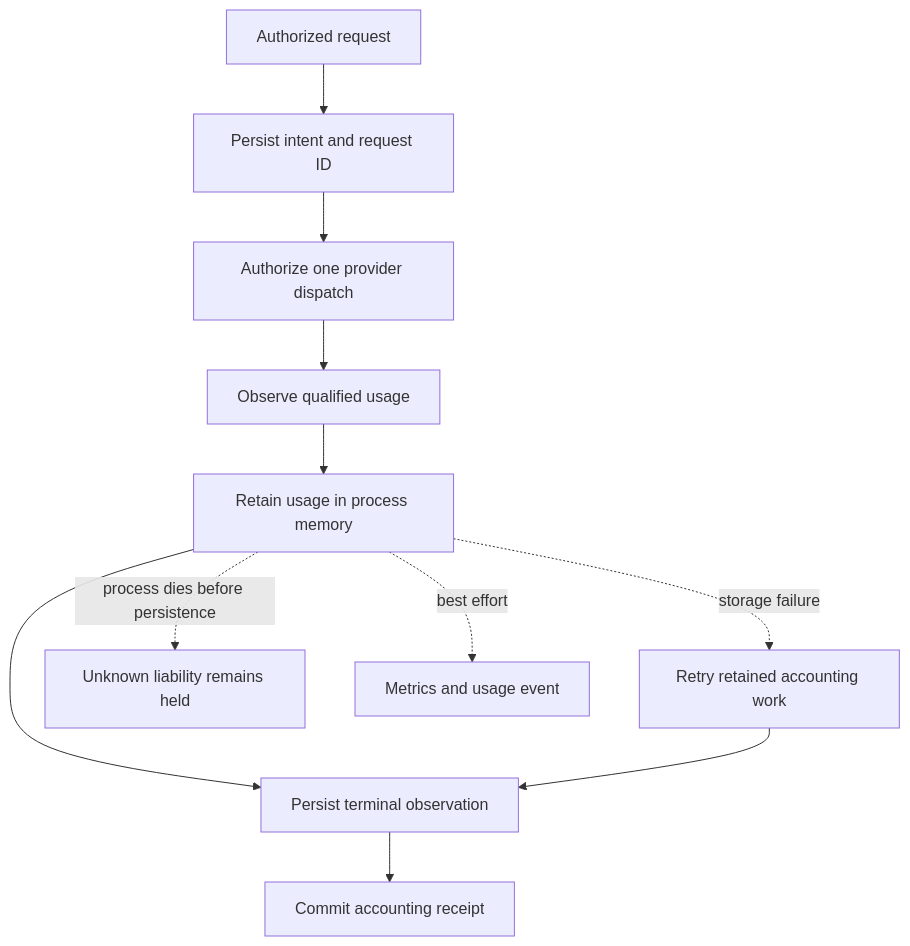
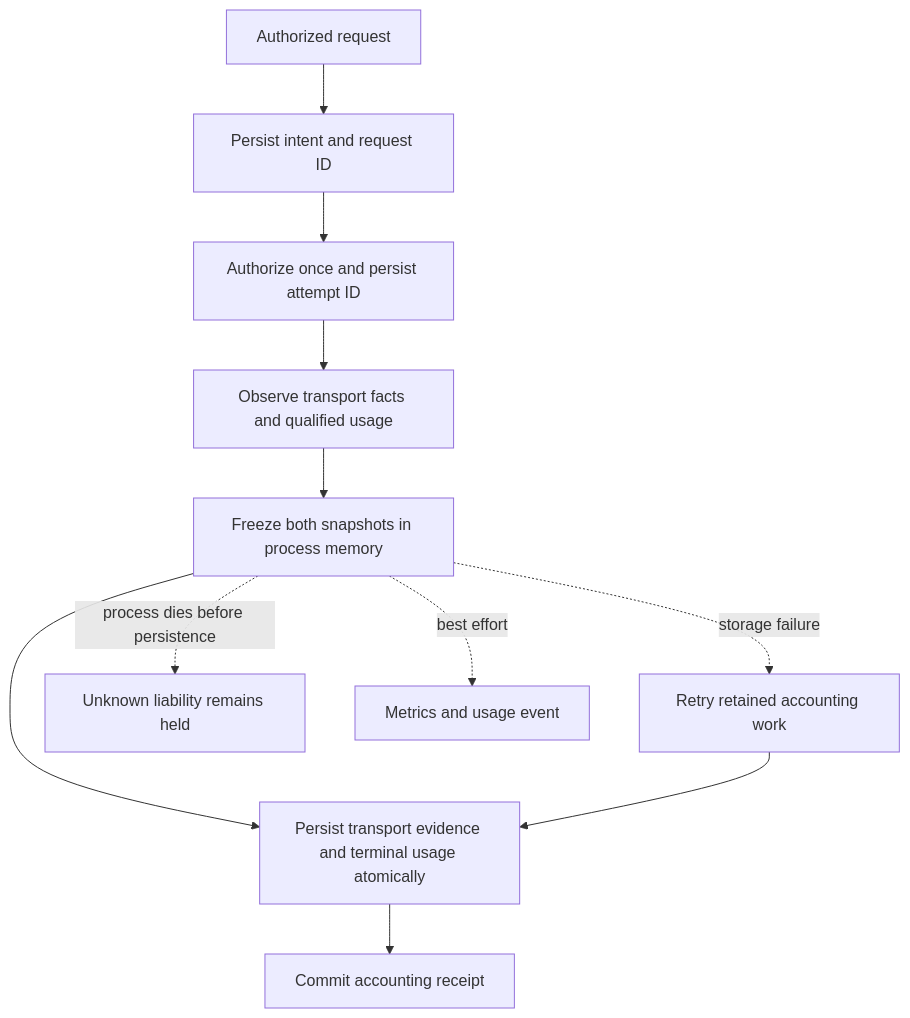
Before and after one commit to anvai-labs/sandhi: the diagram in docs/operator/buffered-accounting.md, drawn with Mermaid. The commit also changed other lines of this file and 157 other files, not shown here.

````diff
--- a/docs/operator/buffered-accounting.md
+++ b/docs/operator/buffered-accounting.md
@@ -20,13 +58,13 @@
 ```mermaid
 flowchart TD
     A[Authorized request] --> B[Persist intent and request ID]
-    B --> C[Authorize one provider dispatch]
-    C --> D[Observe qualified usage]
-    D --> E[Retain usage in process memory]
-    E --> F[Persist terminal observation]
+    B --> C[Authorize once and persist attempt ID]
+    C --> D[Observe transport facts and qualified usage]
+    D --> E[Freeze both snapshots in process memory]
+    E --> F[Persist transport evidence and terminal usage atomically]
     F --> G[Commit accounting receipt]
     E -. storage failure .-> H[Retry retained accounting work]
     H --> F
     E -. process dies before persistence .-> I[Unknown liability remains held]
     E -. best effort .-> J[Metrics and usage event]
 ```
````
